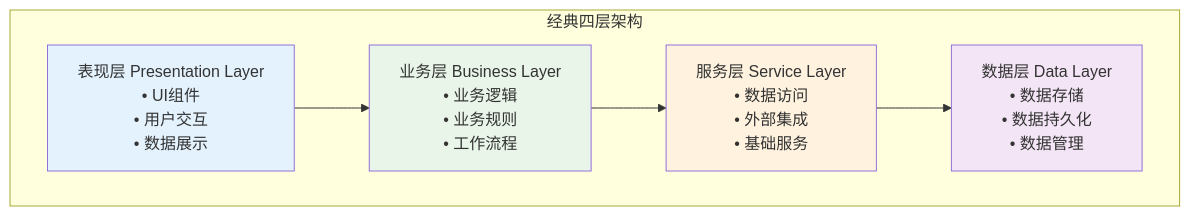
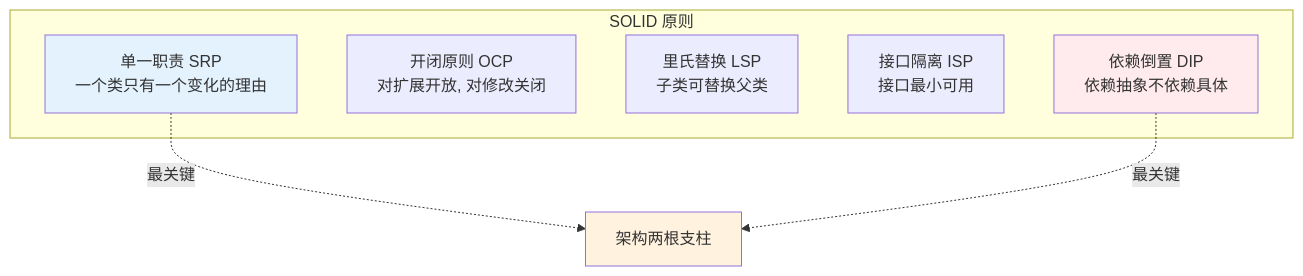
One commit to chongyang211/YCBookBlog changed the fifth of 17 diagrams in 00.通用技术的提升/07.方案设计思想/卷一-架构与组件/01.通用架构设计方案.md. Above: the diagram before and after it, drawn with Mermaid. The commit also changed other lines of this file and 5 other files, not shown here.

````diff
--- a/00.通用技术的提升/07.方案设计思想/卷一-架构与组件/01.通用架构设计方案.md
+++ b/00.通用技术的提升/07.方案设计思想/卷一-架构与组件/01.通用架构设计方案.md
@@ -275,18 +217,17 @@
 ```mermaid
 graph TB
-    subgraph "经典四层架构"
-        P[表现层 Presentation Layer<br/>• UI组件<br/>• 用户交互<br/>• 数据展示]
-        B[业务层 Business Layer<br/>• 业务逻辑<br/>• 业务规则<br/>• 工作流程]
-        S[服务层 Service Layer<br/>• 数据访问<br/>• 外部集成<br/>• 基础服务]
-        D[数据层 Data Layer<br/>• 数据存储<br/>• 数据持久化<br/>• 数据管理]
+    subgraph "SOLID 原则"
+        S[单一职责 SRP<br/>一个类只有一个变化的理由]
+        O[开闭原则 OCP<br/>对扩展开放, 对修改关闭]
+        L[里氏替换 LSP<br/>子类可替换父类]
+        I[接口隔离 ISP<br/>接口最小可用]
+        D[依赖倒置 DIP<br/>依赖抽象不依赖具体]
     end
     
-    P --> B
-    B --> S
-    S --> D
+    S -.->|最关键| Core[架构两根支柱]
+    D -.->|最关键| Core
     
-    style P fill:#e3f2fd
-    style B fill:#e8f5e8
-    style S fill:#fff3e0
-    style D fill:#f3e5f5
+    style S fill:#e3f2fd
+    style D fill:#ffebee
+    style Core fill:#fff3e0
 ```
````
